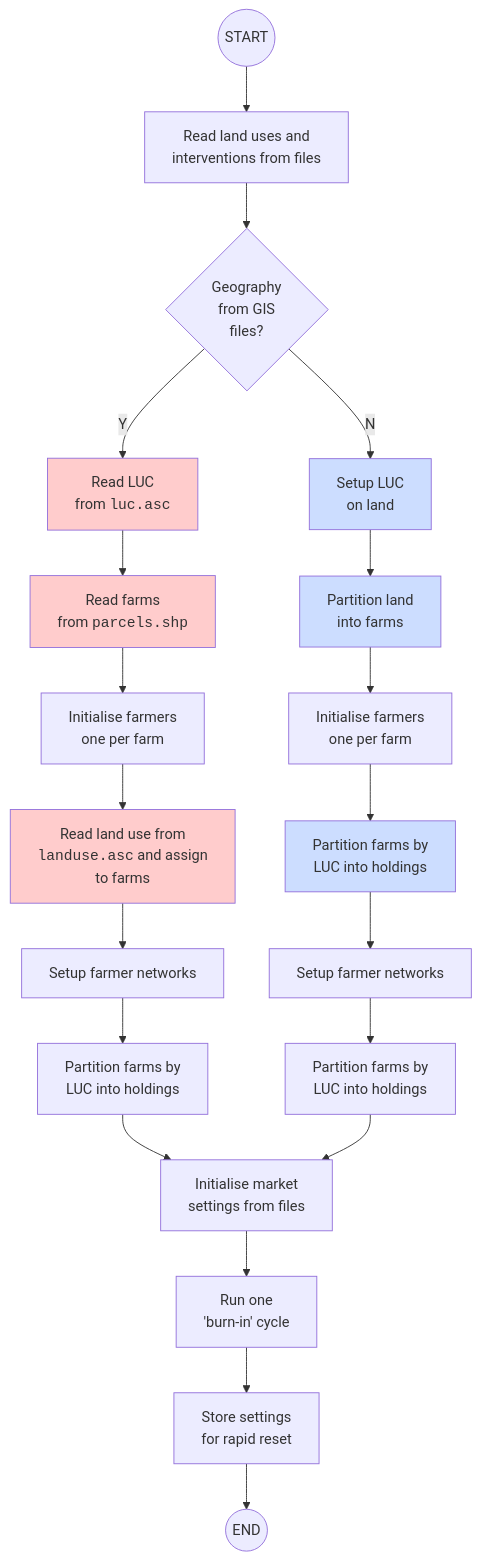
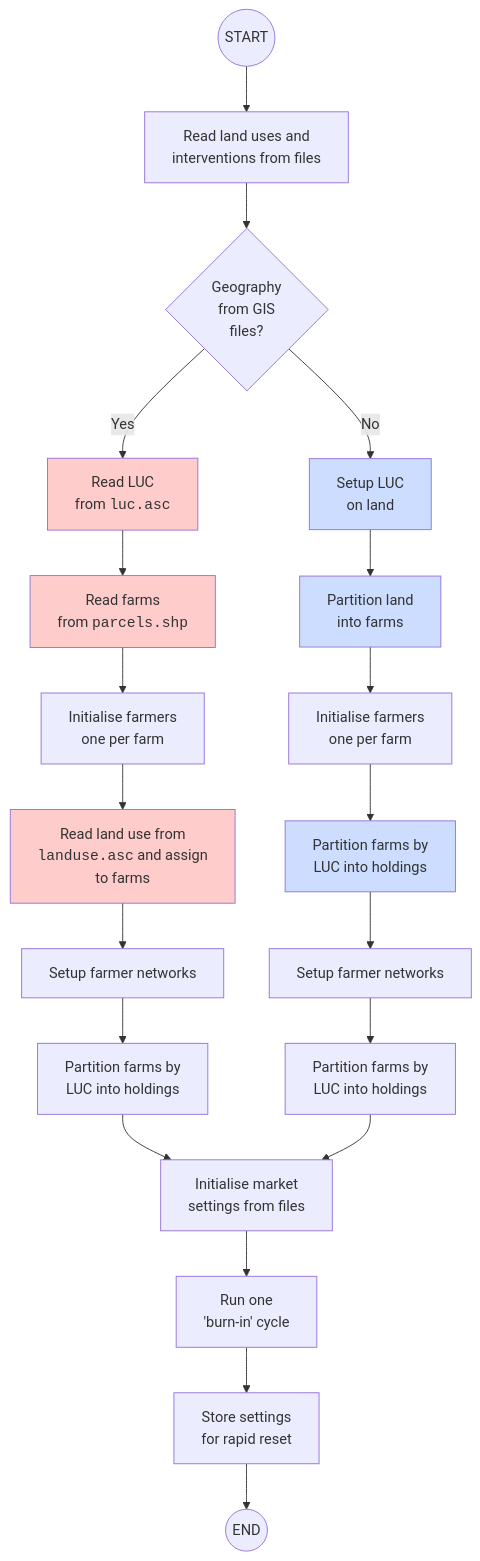
Before and after one commit to DOSull/moving-the-middle-abm: the diagram in model-description/documents/01a-model-initialisation.qmd, drawn with Mermaid. The commit also changed other lines of this file and 38 other files, not shown here.

````diff
--- a/model-description/documents/01a-model-initialisation.qmd
+++ b/model-description/documents/01a-model-initialisation.qmd
@@ -29,45 +29,45 @@
 ```{mermaid}
 flowchart TB
   A((START))
   B[Read land uses and<br>interventions from files]
   C{Geography<br>from GIS<br>files?}
   D[Read LUC<br>from <span style='font-family:monospace;'>luc.asc</span>]
   E[Read farms<br>from <span style='font-family:monospace;'>parcels.shp</span>]
   F[Initialise farmers<br>one per farm]
   G[Read land use from<br><span style='font-family:monospace;'>landuse.asc</span> and assign<br>to farms]
   H[Setup farmer networks]
   I[Partition farms by<br>LUC into holdings]
   J[Setup LUC<br>on land]
   K[Partition land<br>into farms]
   L[Initialise farmers<br>one per farm]
   M[Partition farms by<br>LUC into holdings]
   N[Setup farmer networks]
   O[Partition farms by<br>LUC into holdings]
   P[Initialise market<br>settings from files]
   Q[Run one<br>'burn-in' cycle]
   R[Store settings<br>for rapid reset]
   S((END))
   A --> B
   B --> C
-  C -->|Y| D
+  C -->|Yes| D
   D --> E
   E --> F
   F --> G
   G --> H
   H --> I
   I --> P
-  C -->|N| J
+  C -->|No| J
   J --> K
   K --> L
   L --> M
   M --> N
   N --> O
   O --> P
   P --> Q
   Q --> R
   R --> S
   classDef pink fill:#fcc
   classDef blue fill:#cdf
   class D,E,G pink
   class J,K,M blue
 ```
````
